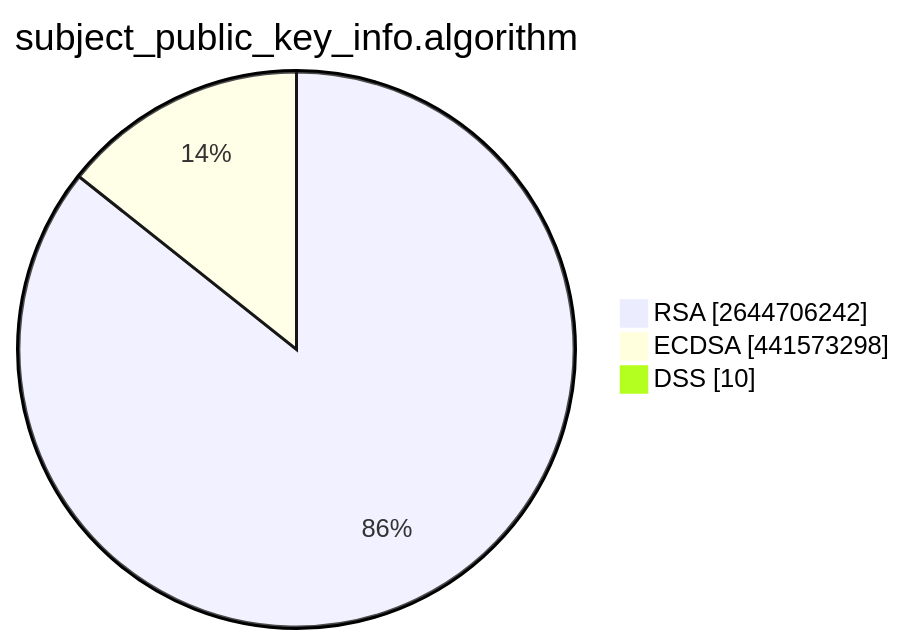
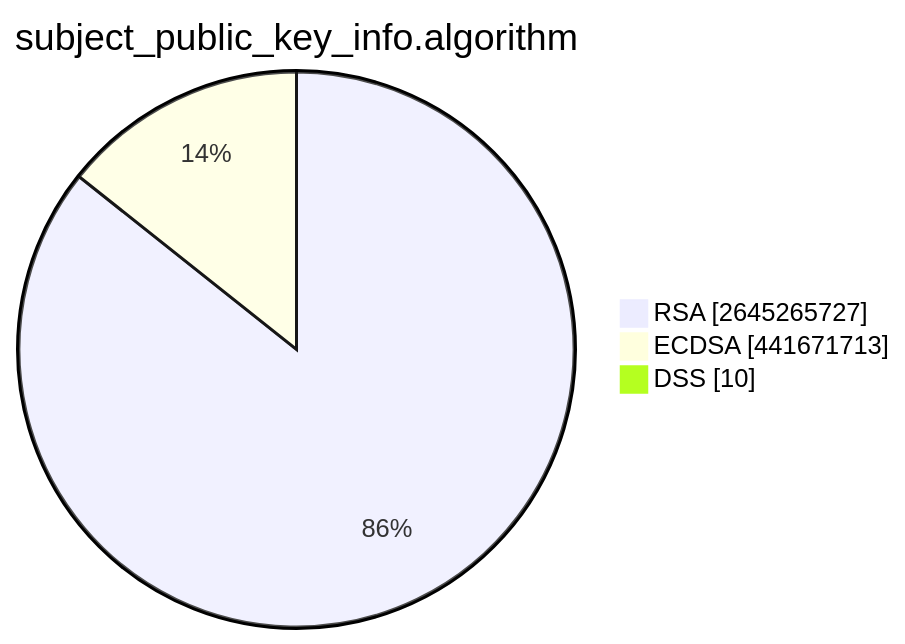
The second of 15 diagrams in TOTAL/README.md (christiankrug/ctmonitor_visualization), drawn with Mermaid before and after one commit. The commit also changed other lines of this file, not shown here.

````diff
--- a/TOTAL/README.md
+++ b/TOTAL/README.md
@@ -6,7 +6,7 @@
 ```mermaid
 pie showData
 title subject_public_key_info.algorithm
-"RSA" :2644706242
-"ECDSA" :441573298
+"RSA" :2645265727
+"ECDSA" :441671713
 "DSS" :10
 ```
````
